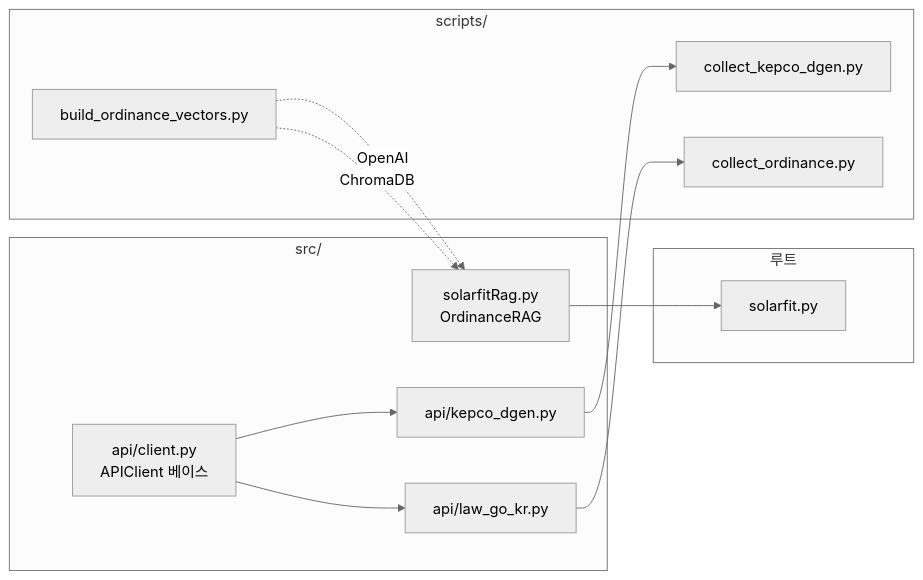
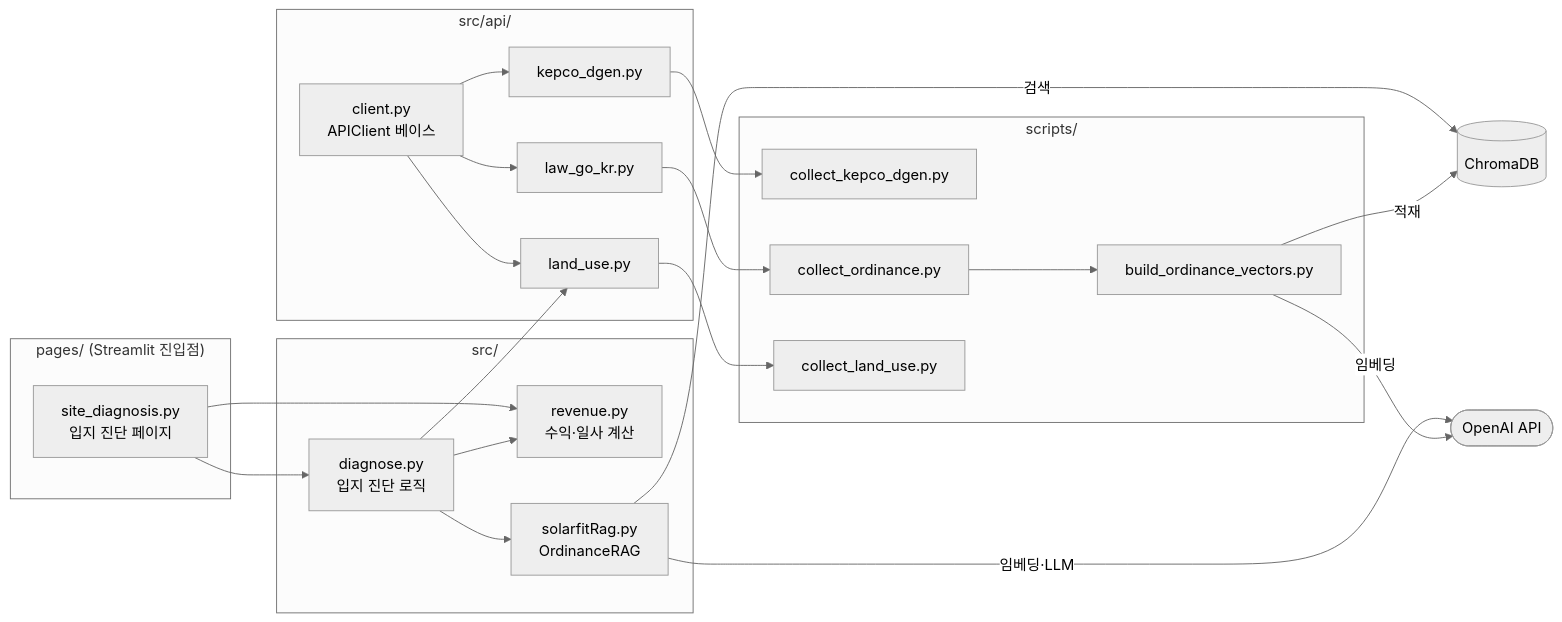
One commit to irishsun51/solarfit changed the fourth of 6 diagrams in ARCHITECTURE.md. Above: the diagram before and after it, drawn with Mermaid (neutral theme). The commit also changed other lines of this file, not shown here.

Commit message:
docs: 아키텍처 다이어그램 최신화 (pages 구조, DB 스키마 한글명)

````diff
--- a/ARCHITECTURE.md
+++ b/ARCHITECTURE.md
@@ -130,27 +140,55 @@
 ```mermaid
 graph LR
-    subgraph SRC[src/]
-        CLIENT[api/client.py<br/>APIClient 베이스]
-        KEPCO[api/kepco_dgen.py]
-        LAW[api/law_go_kr.py]
-        RAG[solarfitRag.py<br/>OrdinanceRAG]
+    subgraph PAGES["pages/ (Streamlit 진입점)"]
+        UI["site_diagnosis.py<br/>입지 진단 페이지"]
     end
 
-    subgraph SCR[scripts/]
-        S1[collect_kepco_dgen.py]
-        S2[collect_ordinance.py]
-        S3[build_ordinance_vectors.py]
+    subgraph SRC["src/"]
+        DIAG["diagnose.py<br/>입지 진단 로직"]
+        REV["revenue.py<br/>수익·일사 계산"]
+        RAG["solarfitRag.py<br/>OrdinanceRAG"]
     end
 
-    subgraph APP[루트]
-        APP1[solarfit.py]
+    subgraph API["src/api/"]
+        CLIENT["client.py<br/>APIClient 베이스"]
+        KEPCO["kepco_dgen.py"]
+        LAW["law_go_kr.py"]
+        LANDUSE["land_use.py"]
     end
 
+    subgraph SCR["scripts/"]
+        S1["collect_kepco_dgen.py"]
+        S2["collect_ordinance.py"]
+        S3["build_ordinance_vectors.py"]
+        S4["collect_land_use.py"]
+    end
+
+    VDB[("ChromaDB")]
+    OAI(["OpenAI API"])
+
+    %% UI → src
+    UI --> REV
+    UI --> DIAG
+
+    %% diagnose 의존
+    DIAG --> RAG
+    DIAG --> LANDUSE
+    DIAG --> REV
+
+    %% RAG 외부
+    RAG -- 검색 --> VDB
+    RAG -- 임베딩·LLM --> OAI
+
+    %% API 베이스 상속
     CLIENT --> KEPCO
     CLIENT --> LAW
+    CLIENT --> LANDUSE
+
+    %% 스크립트 (적재)
     KEPCO --> S1
     LAW --> S2
-    RAG --> APP1
-    S3 -.OpenAI.-> RAG
-    S3 -.ChromaDB.-> RAG
+    LANDUSE --> S4
+    S2 --> S3
+    S3 -- 임베딩 --> OAI
+    S3 -- 적재 --> VDB
 ```
````
